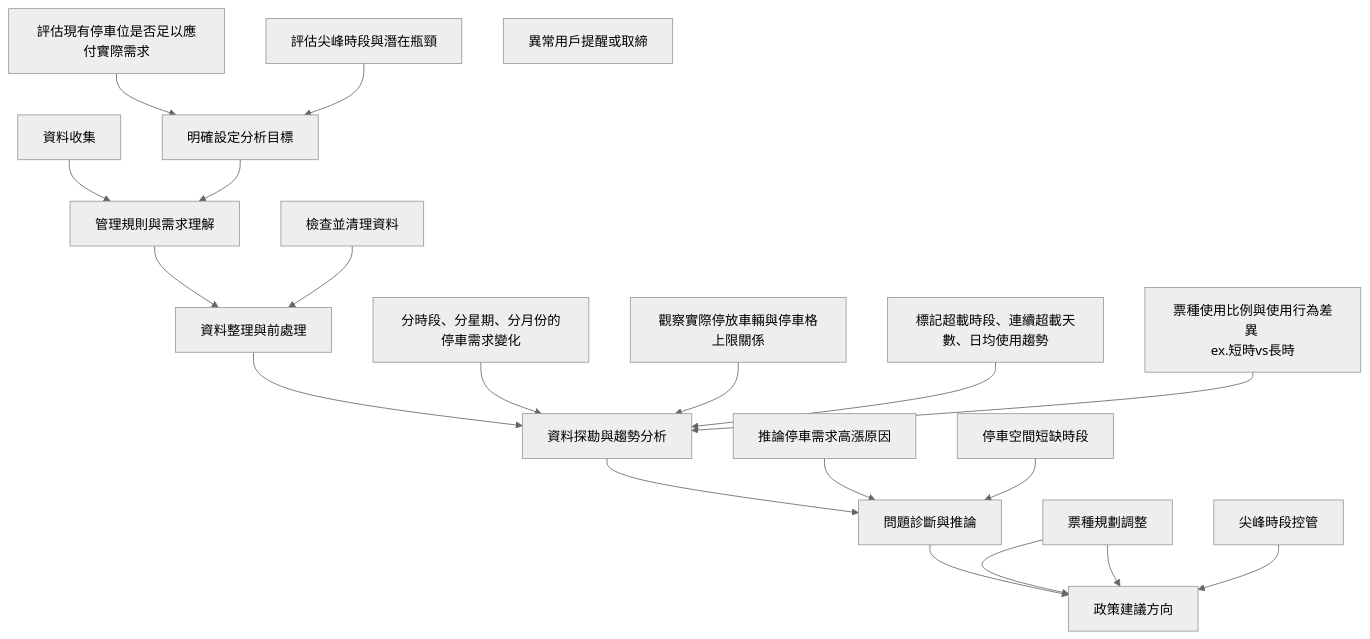
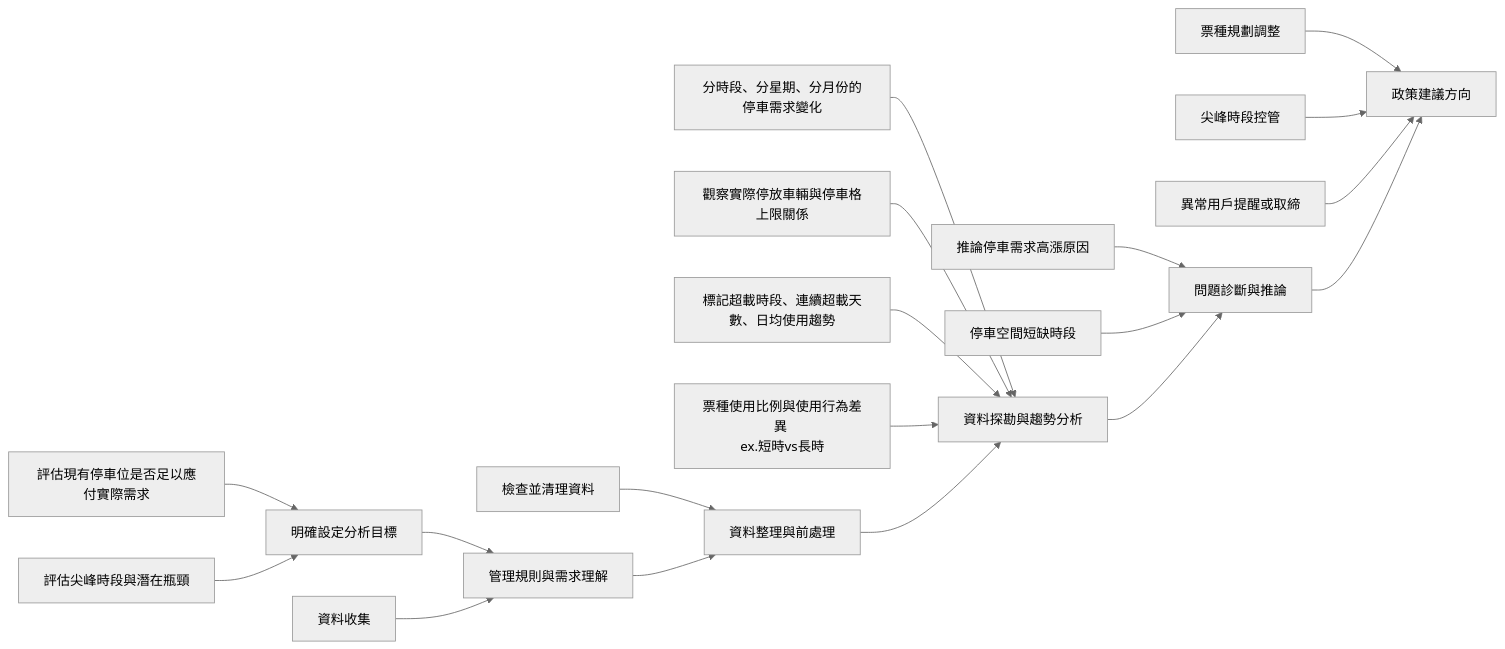
One commit to CodeToCody/Parking_ana changed the diagram in Chapter1緒論/structure_detail.md. Above: the diagram before and after it, drawn with Mermaid (neutral theme). The commit also changed 17 other files, not shown here.

````diff
--- a/Chapter1緒論/structure_detail.md
+++ b/Chapter1緒論/structure_detail.md
@@ -1,48 +1,48 @@
 ```mermaid
-flowchart TD
+flowchart LR
 
 
 A[資料收集]
 B[管理規則與需求理解]
 B_1[明確設定分析目標]
 B_1_1[評估現有停車位是否足以應付實際需求]
 B_1_2[評估尖峰時段與潛在瓶頸]
 B_1_1 --> B_1
 B_1_2 --> B_1
 B_1 --> B
 
 C[資料整理與前處理]
 C_1[檢查並清理資料]
 C_1 --> C
 
 D[資料探勘與趨勢分析]
 D_1[分時段、分星期、分月份的停車需求變化]
 D_2[觀察實際停放車輛與停車格上限關係]
 D_3[標記超載時段、連續超載天數、日均使用趨勢]
 D_4[票種使用比例與使用行為差異 <br/>ex.短時vs長時]
 D_1 --> D
 D_2 --> D
 D_3 --> D
 D_4 --> D
 
 E[問題診斷與推論]
 E_1[推論停車需求高漲原因]
 E_2[停車空間短缺時段]
 
 E_1 --> E
 E_2 --> E
 
 
 F[政策建議方向]
 F_1[票種規劃調整]
 F_2[尖峰時段控管]
 F_3[異常用戶提醒或取締]
 F_1 --> F
 F_2 --> F
-F_1 --> F
+F_3 --> F
 
 
 A --> B --> C --> D --> E --> F
 
 
 ```
````
